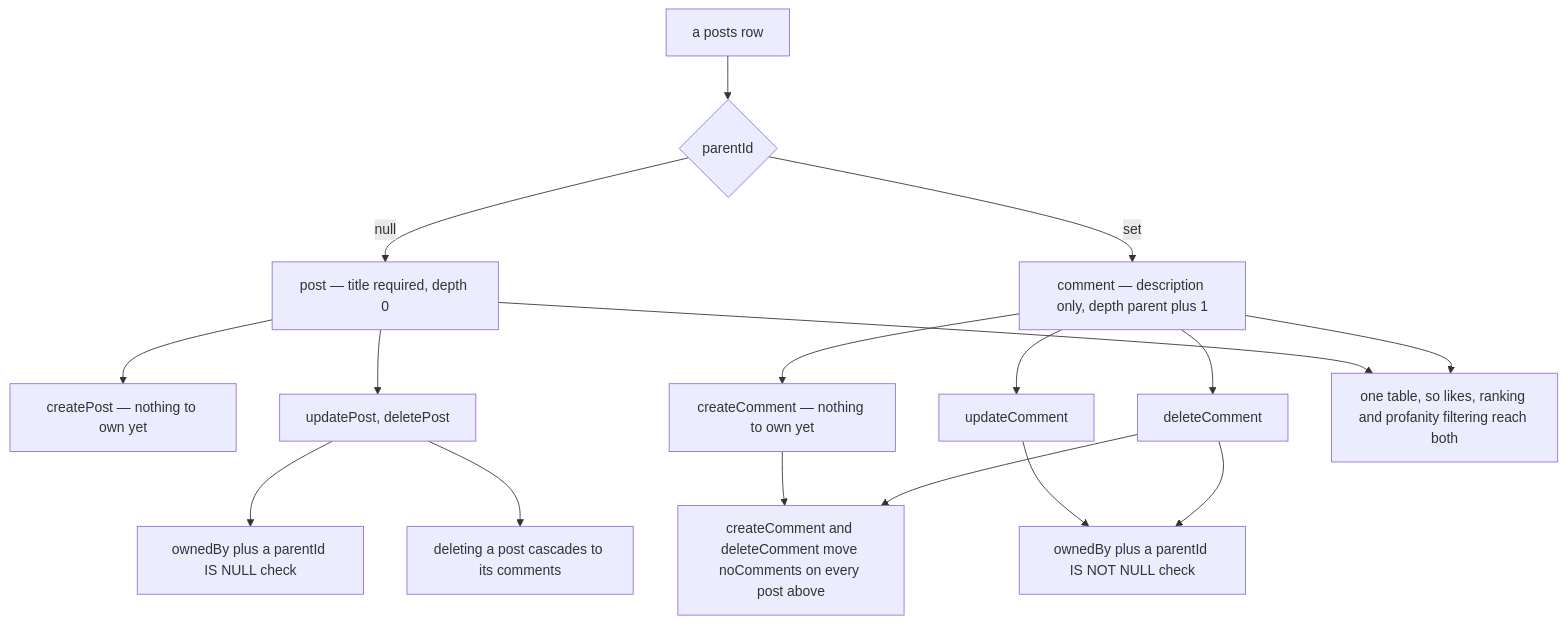
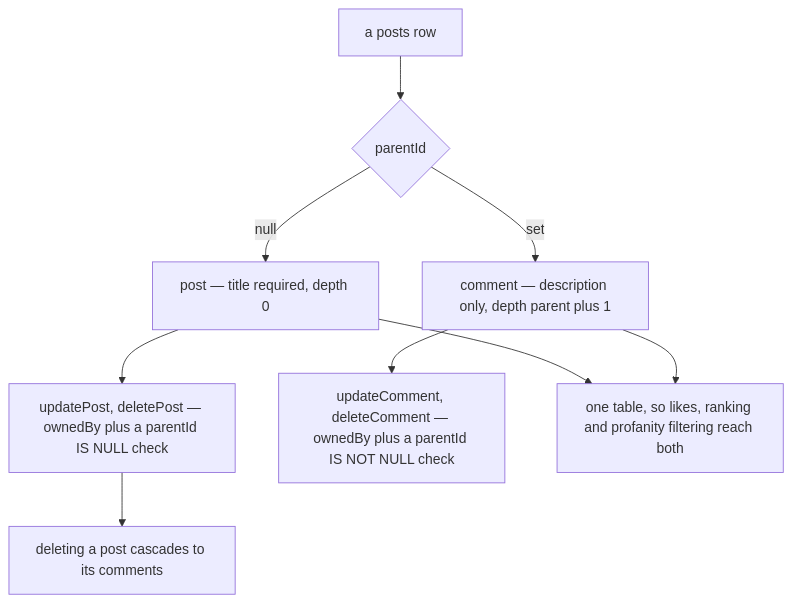
Before and after one commit to Esposter/Esposter: the first of 2 diagrams in packages/app/content/docs/posts/posts-and-comments.md, drawn with Mermaid. The commit also changed other lines of this file and 16 other files, not shown here.

First line of the commit message:
refactor(post): one binder for a named partition, and drain the comments that argue

````diff
--- a/packages/app/content/docs/posts/posts-and-comments.md
+++ b/packages/app/content/docs/posts/posts-and-comments.md
@@ -12,19 +12,11 @@
 ```mermaid
 flowchart TD
   ROW["a posts row"] --> PARENT{"parentId"}
   PARENT -->|"null"| POST["post — title required, depth 0"]
   PARENT -->|"set"| COMMENT["comment — description only, depth parent plus 1"]
-  POST --> POSTCREATE["createPost — nothing to own yet"]
-  POST --> POSTWRITE["updatePost, deletePost"]
-  COMMENT --> COMMENTCREATE["createComment — nothing to own yet"]
-  COMMENT --> COMMENTUPDATE["updateComment"]
-  COMMENT --> COMMENTDELETE["deleteComment"]
-  POSTWRITE --> GUARD["ownedBy plus a parentId IS NULL check"]
-  COMMENTUPDATE --> GUARDC["ownedBy plus a parentId IS NOT NULL check"]
-  COMMENTDELETE --> GUARDC
-  COMMENTCREATE --> COUNT["createComment and deleteComment move noComments on every post above"]
-  COMMENTDELETE --> COUNT
-  POSTWRITE --> CASCADE["deleting a post cascades to its comments"]
+  POST --> GUARD["updatePost, deletePost — ownedBy plus a parentId IS NULL check"]
+  COMMENT --> GUARDC["updateComment, deleteComment — ownedBy plus a parentId IS NOT NULL check"]
+  GUARD --> CASCADE["deleting a post cascades to its comments"]
   POST --> SHARED["one table, so likes, ranking and profanity filtering reach both"]
   COMMENT --> SHARED
 ```
````
